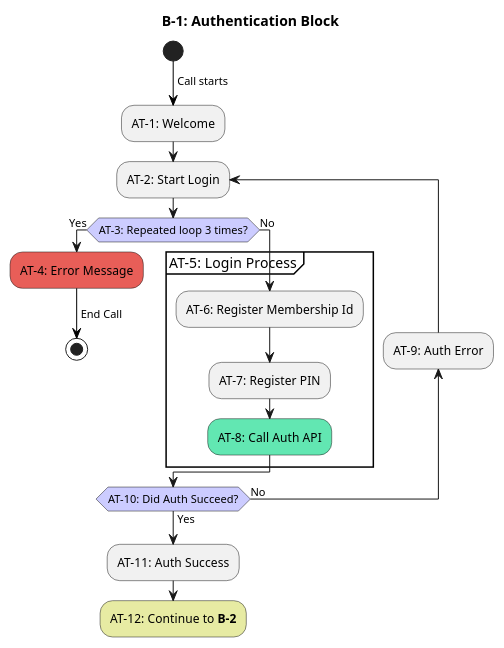
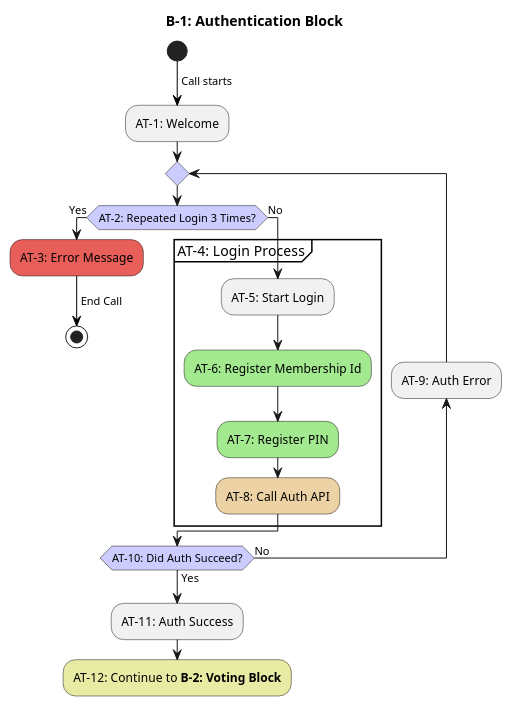
One commit to sequentech/ivr-lambdas changed the diagram in doc/activity-diagram-authentication-block.puml. Above: the diagram before and after it, drawn with PlantUML. The commit also changed 4 other files, not shown here.

```diff
--- a/doc/activity-diagram-authentication-block.puml
+++ b/doc/activity-diagram-authentication-block.puml
@@ -1,40 +1,42 @@
 @startuml
 title B-1: Authentication Block
 
 <style>
 activityDiagram {
   diamond {
     BackgroundColor #ccf
   }
 }
 </style>
 
 skinparam activity {
   BackgroundColor<<Error>> #e85e58
-  BackgroundColor<<ApiCall>> #62e7b2
+  BackgroundColor<<ApiCall>> #ecd2a5
   BackgroundColor<<Continue>> #e7eba3
   BackgroundColor<<Question>> #e7eba3
+  BackgroundColor<<UserInput>> #a3e98f
 }
 
 start
 -[#black]-> Call starts;
 :AT-1: Welcome;
-repeat :AT-2: Start Login;
-    if (AT-3: Repeated loop 3 times?) then (Yes)
-        <<Error>>:AT-4: Error Message;
+repeat
+    if (AT-2: Repeated Login 3 Times?) then (Yes)
+        <<Error>>:AT-3: Error Message;
         -[#black]-> End Call;
         stop
     else (No)
-        partition "AT-5: Login Process" {
-            :AT-6: Register Membership Id;
-            :AT-7: Register PIN;
+        partition "AT-4: Login Process" {
+            :AT-5: Start Login;
+            <<UserInput>>:AT-6: Register Membership Id;
+            <<UserInput>>:AT-7: Register PIN;
             <<ApiCall>>:AT-8: Call Auth API;
         }
     endif
 backward :AT-9: Auth Error;
 repeat while (AT-10: Did Auth Succeed?) is (No) not (Yes)
 
 :AT-11: Auth Success;
-<<Continue>>:AT-12: Continue to <b>B-2</b>;
+<<Continue>>:AT-12: Continue to <b>B-2: Voting Block</b>;
 
 @enduml
```
